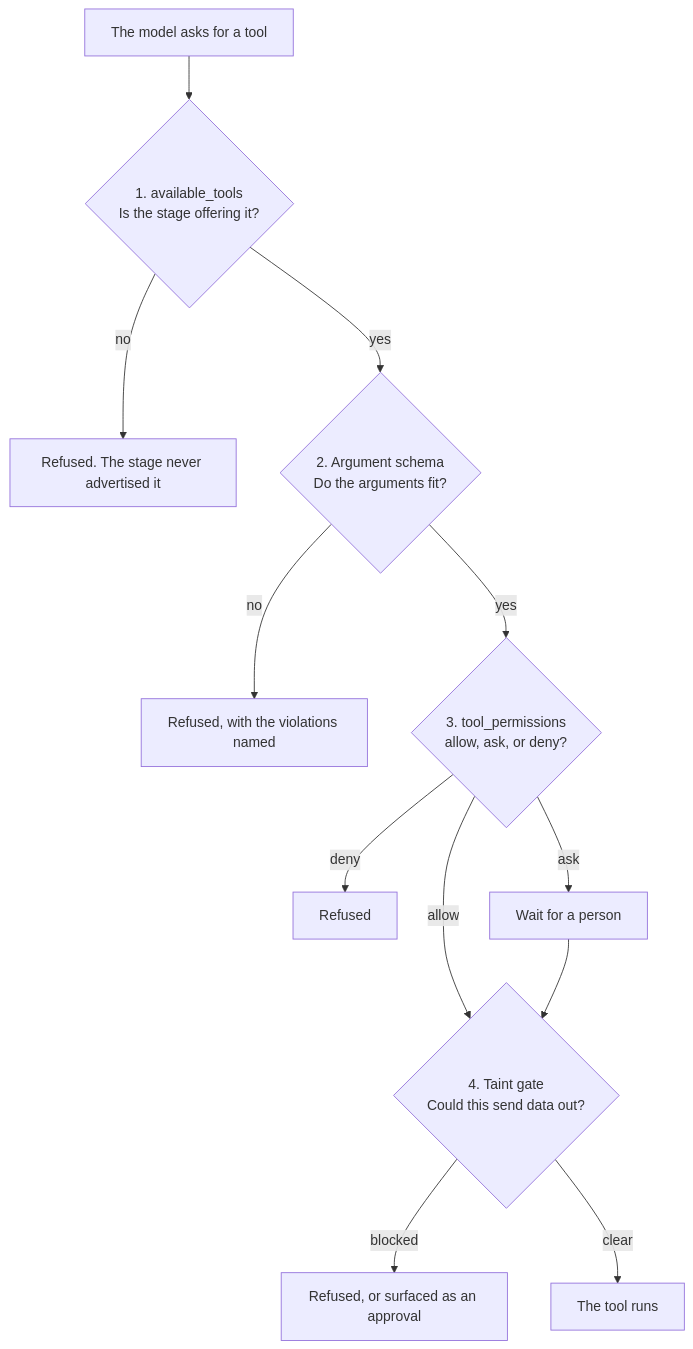
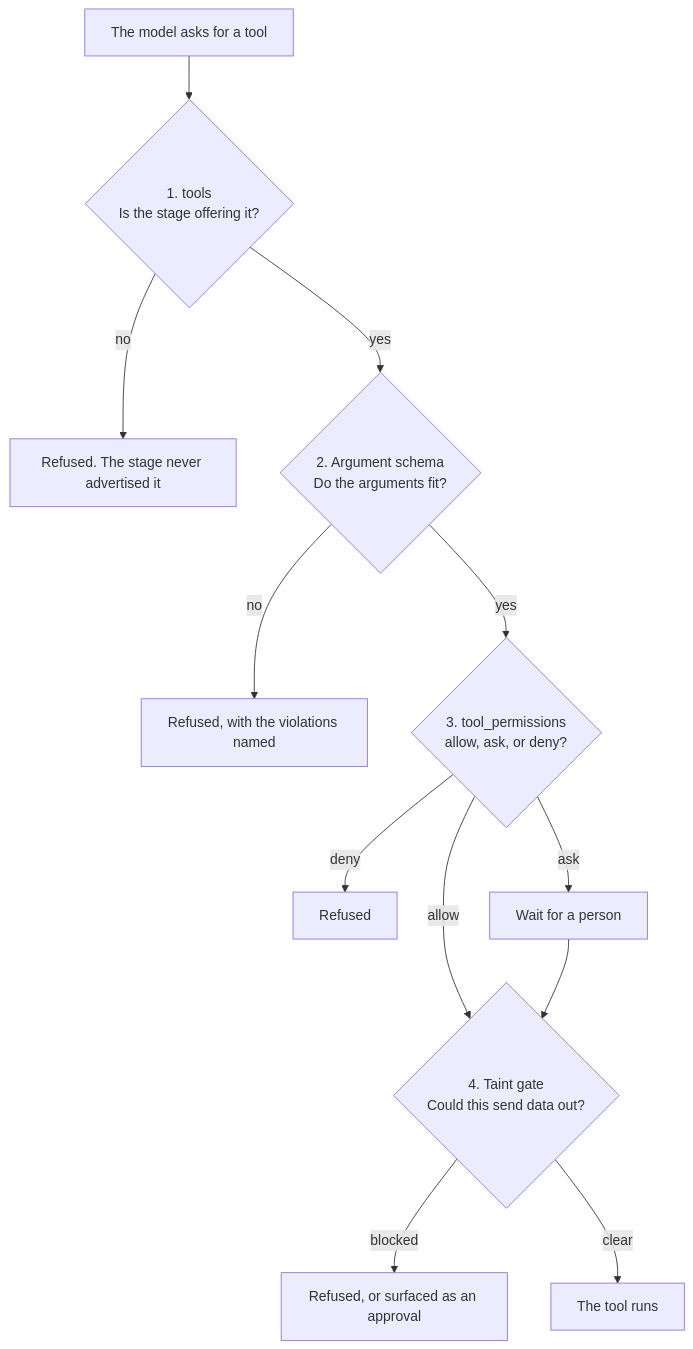
The diagram in docs/content/tools.md (GEMISIS/leviath), drawn with Mermaid before and after one commit. The commit also changed other lines of this file and 849 other files, not shown here.

````diff
--- a/docs/content/tools.md
+++ b/docs/content/tools.md
@@ -474,14 +480,14 @@
 ```mermaid
 flowchart TD
-  M["The model asks for a tool"] --> V{"1. available_tools<br/>Is the stage offering it?"}
+  M["The model asks for a tool"] --> V{"1. tools<br/>Is the stage offering it?"}
   V -->|no| R1["Refused. The stage never advertised it"]
   V -->|yes| S{"2. Argument schema<br/>Do the arguments fit?"}
   S -->|no| R2["Refused, with the violations named"]
   S -->|yes| P{"3. tool_permissions<br/>allow, ask, or deny?"}
   P -->|deny| R3["Refused"]
   P -->|ask| A["Wait for a person"]
   P -->|allow| T{"4. Taint gate<br/>Could this send data out?"}
   A --> T
   T -->|blocked| R4["Refused, or surfaced as an approval"]
   T -->|clear| RUN["The tool runs"]
 ```
````
